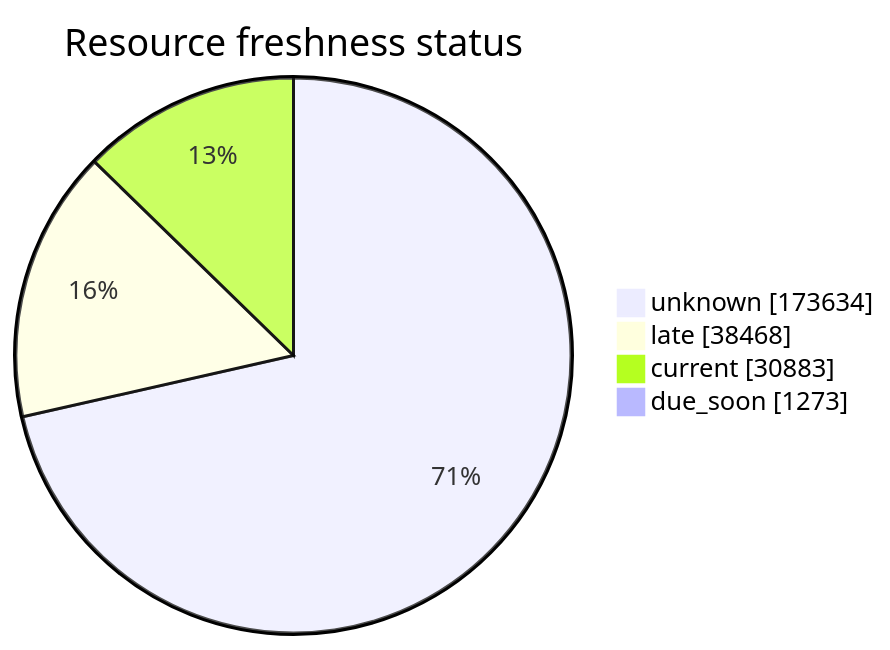
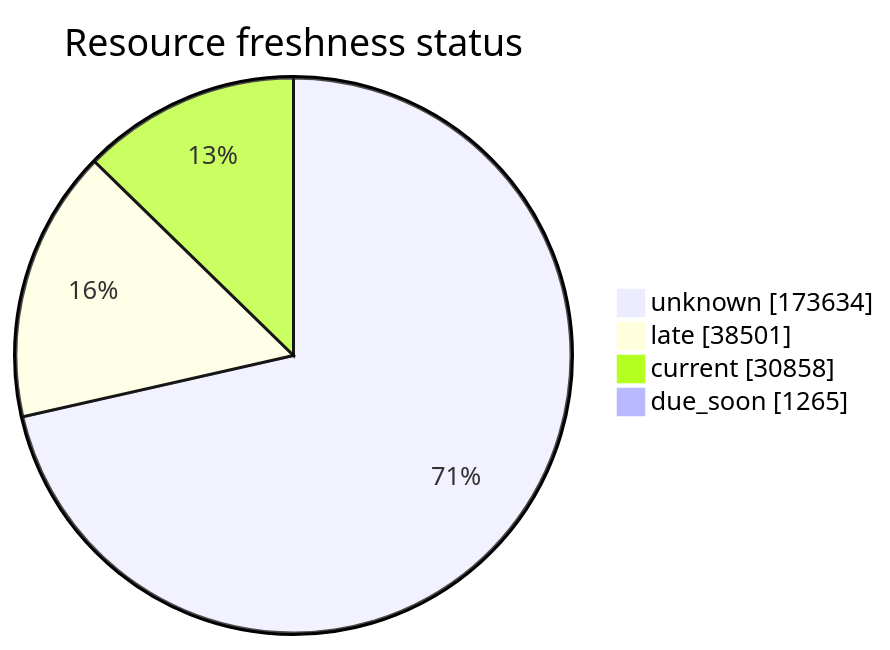
One commit to open-data/analytics-corporate-reporting changed the third of 5 diagrams in FreshCheck/README.md. Above: the diagram before and after it, drawn with Mermaid. The commit also changed other lines of this file and 3 other files, not shown here.

````diff
--- a/FreshCheck/README.md
+++ b/FreshCheck/README.md
@@ -77,7 +77,7 @@
 ```mermaid
 pie showData title Resource freshness status
     "unknown": 173634
-    "late": 38468
-    "current": 30883
-    "due_soon": 1273
+    "late": 38501
+    "current": 30858
+    "due_soon": 1265
 ```
````
